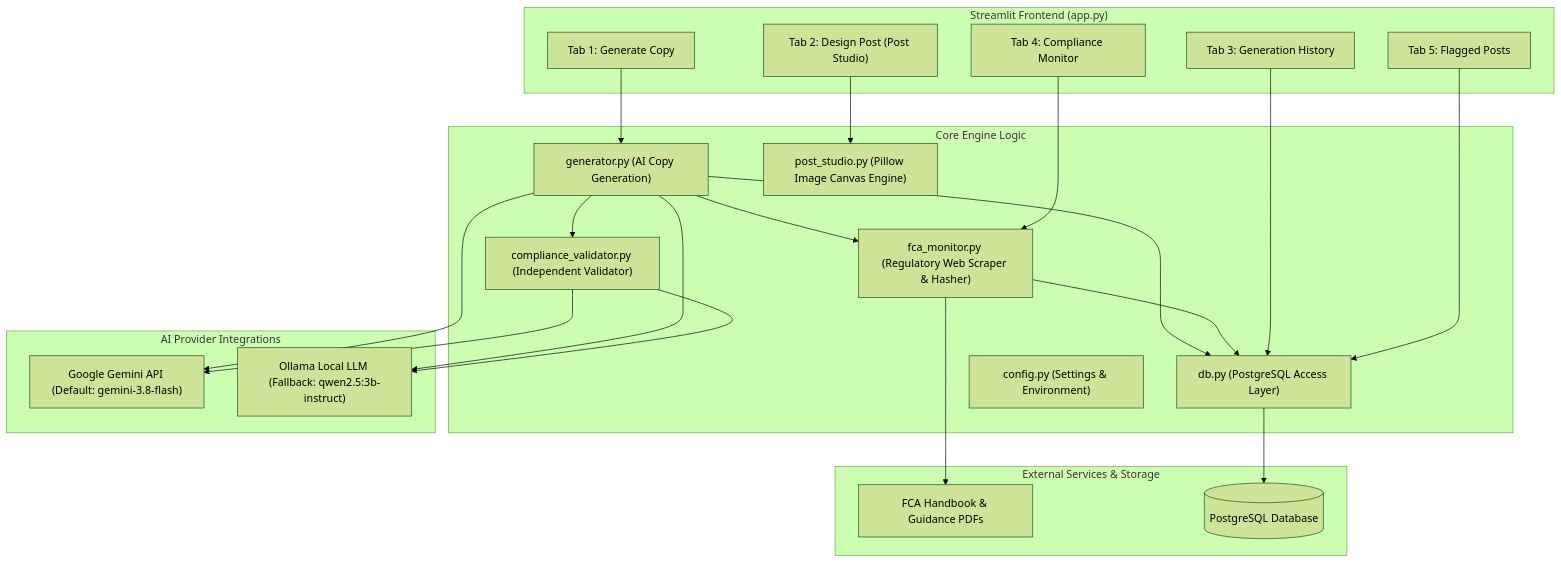
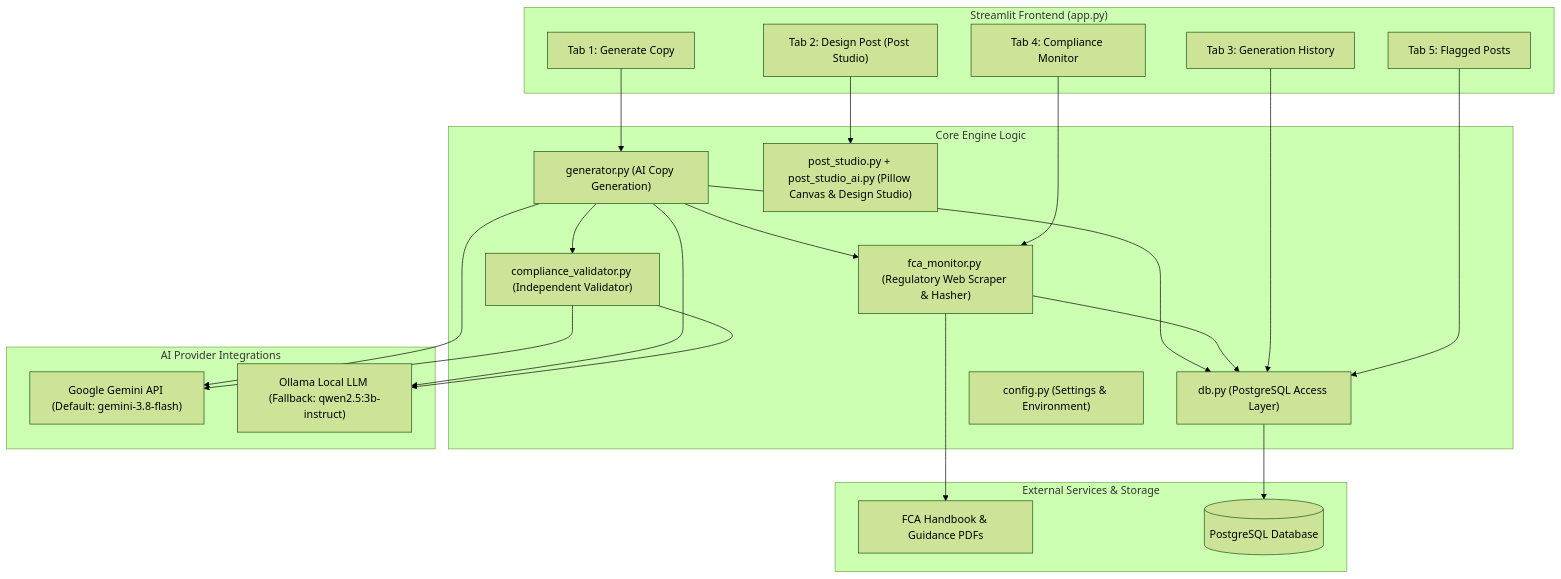
Before and after one commit to Humzah-kiani/fca_marketing_app: the first of 2 diagrams in fca_marketing_app_documentation.md, drawn with Mermaid (forest theme). The commit also changed other lines of this file and 3 other files, not shown here.

Commit message:
Integrate design studio with FCA content generation

````diff
--- a/fca_marketing_app_documentation.md
+++ b/fca_marketing_app_documentation.md
@@ -18,48 +18,48 @@
 ```mermaid
 flowchart TD
     subgraph UI ["Streamlit Frontend (app.py)"]
         T1["Tab 1: Generate Copy"]
         T2["Tab 2: Design Post (Post Studio)"]
         T3["Tab 3: Generation History"]
         T4["Tab 4: Compliance Monitor"]
         T5["Tab 5: Flagged Posts"]
     end
 
     subgraph Core ["Core Engine Logic"]
         GEN["generator.py (AI Copy Generation)"]
         VAL["compliance_validator.py (Independent Validator)"]
         MON["fca_monitor.py (Regulatory Web Scraper & Hasher)"]
-        PS["post_studio.py (Pillow Image Canvas Engine)"]
+        PS["post_studio.py + post_studio_ai.py (Pillow Canvas & Design Studio)"]
         DB["db.py (PostgreSQL Access Layer)"]
         CFG["config.py (Settings & Environment)"]
     end
 
     subgraph AI ["AI Provider Integrations"]
         GEM["Google Gemini API (Default: gemini-3.8-flash)"]
         OLL["Ollama Local LLM (Fallback: qwen2.5:3b-instruct)"]
     end
 
     subgraph External ["External Services & Storage"]
         FCA_WEB["FCA Handbook & Guidance PDFs"]
         PG_DB[("PostgreSQL Database")]
     end
 
     T1 --> GEN
     GEN --> MON
     GEN --> GEM
     GEN --> OLL
     GEN --> VAL
     VAL --> GEM
     VAL --> OLL
     GEN --> DB
     
     T2 --> PS
     
     T4 --> MON
     MON --> FCA_WEB
     MON --> DB
     
     T3 --> DB
     T5 --> DB
     DB --> PG_DB
 ```
````
